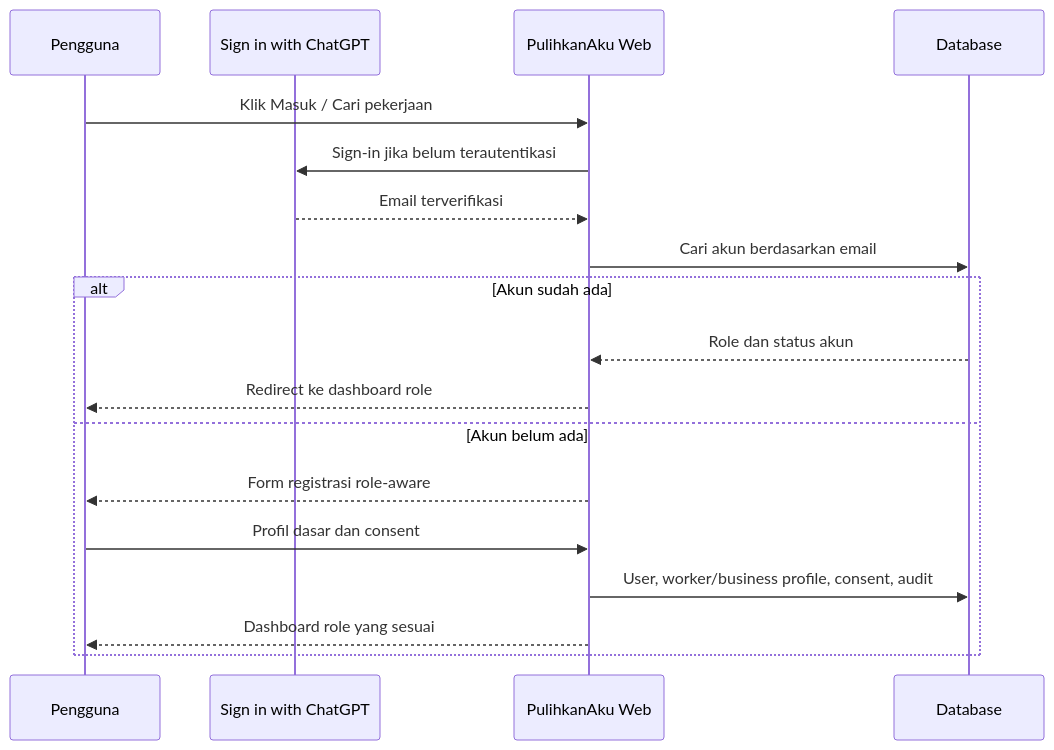
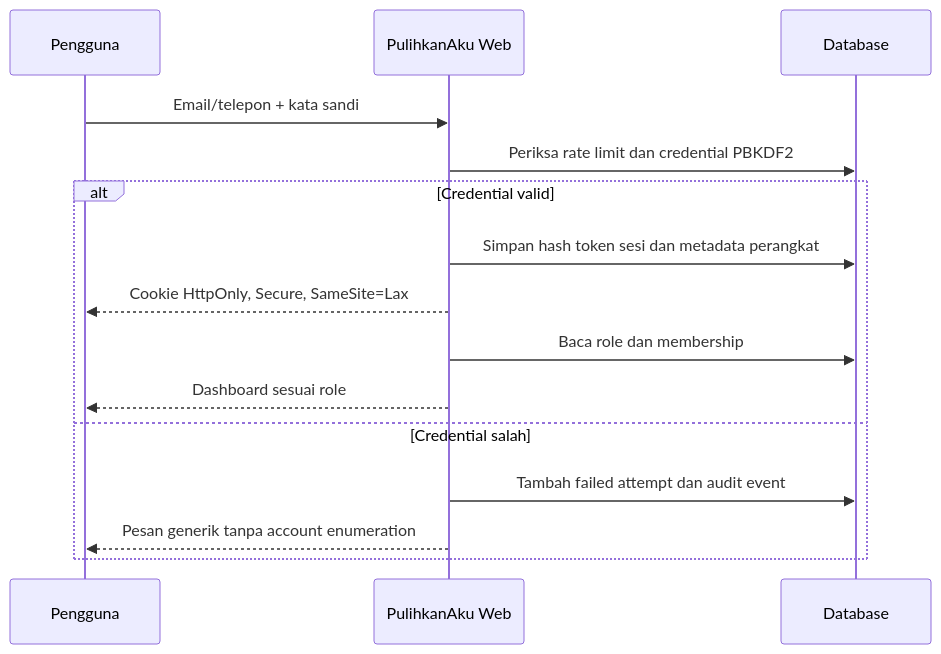
Before and after one commit to Sendok/pulihkanaku: the diagram in docs/authentication.md, drawn with Mermaid. The commit also changed other lines of this file and 63 other files, not shown here.

````diff
--- a/docs/authentication.md
+++ b/docs/authentication.md
@@ -5,20 +5,17 @@
 ```mermaid
 sequenceDiagram
   participant U as Pengguna
-  participant ID as Sign in with ChatGPT
   participant W as PulihkanAku Web
   participant DB as Database
-  U->>W: Klik Masuk / Cari pekerjaan
-  W->>ID: Sign-in jika belum terautentikasi
-  ID-->>W: Email terverifikasi
-  W->>DB: Cari akun berdasarkan email
-  alt Akun sudah ada
-    DB-->>W: Role dan status akun
-    W-->>U: Redirect ke dashboard role
-  else Akun belum ada
-    W-->>U: Form registrasi role-aware
-    U->>W: Profil dasar dan consent
-    W->>DB: User, worker/business profile, consent, audit
-    W-->>U: Dashboard role yang sesuai
+  U->>W: Email/telepon + kata sandi
+  W->>DB: Periksa rate limit dan credential PBKDF2
+  alt Credential valid
+    W->>DB: Simpan hash token sesi dan metadata perangkat
+    W-->>U: Cookie HttpOnly, Secure, SameSite=Lax
+    W->>DB: Baca role dan membership
+    W-->>U: Dashboard sesuai role
+  else Credential salah
+    W->>DB: Tambah failed attempt dan audit event
+    W-->>U: Pesan generik tanpa account enumeration
   end
 ```
````
